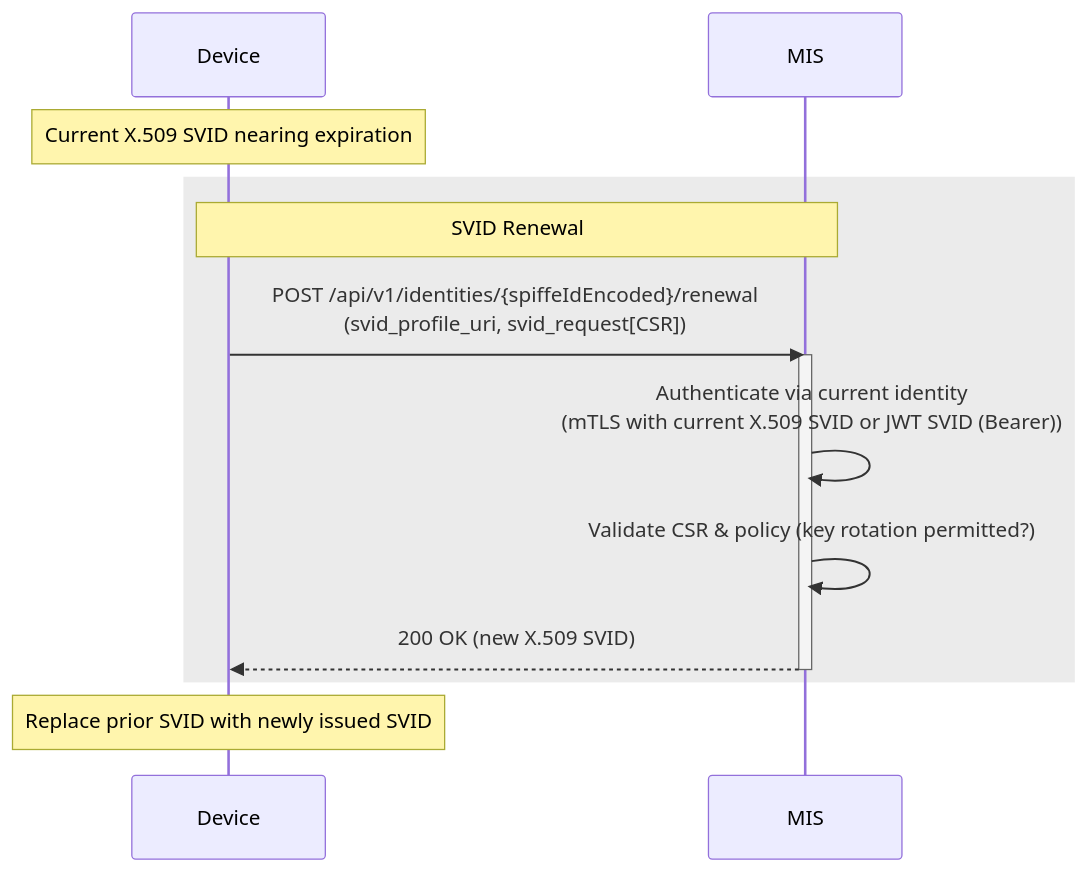
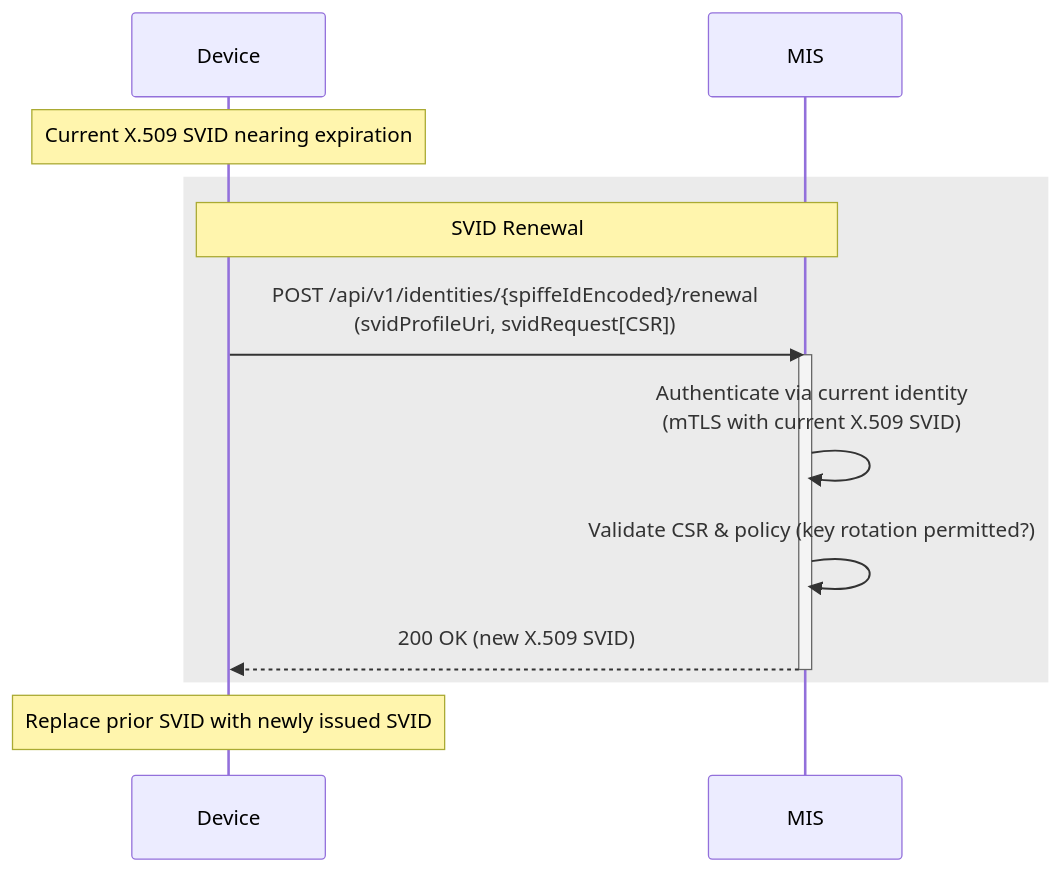
One commit to margo/specification-enhancements changed the second of 3 diagrams in proposals/margo-identity-and-authorization-framework.md. Above: the diagram before and after it, drawn with Mermaid. The commit also changed other lines of this file and 43 other files, not shown here.

First line of the commit message:
MIAF SUP: narrow v0 scope and add WFM Client Identity Profile

````diff
--- a/proposals/margo-identity-and-authorization-framework.md
+++ b/proposals/margo-identity-and-authorization-framework.md
@@ -1609,19 +766,19 @@
 ```mermaid
 sequenceDiagram
     participant Device
     participant MIS
 
     note over Device: Current X.509 SVID nearing expiration
 
     rect rgb(235,235,235)
         note over Device,MIS: SVID Renewal
-        Device->>MIS: POST /api/v1/identities/{spiffeIdEncoded}/renewal<br/>(svid_profile_uri, svid_request[CSR])
+        Device->>MIS: POST /api/v1/identities/{spiffeIdEncoded}/renewal<br/>(svidProfileUri, svidRequest[CSR])
         activate MIS
-        MIS->>MIS: Authenticate via current identity<br/>(mTLS with current X.509 SVID or JWT SVID (Bearer))
-        MIS->>MIS: Validate CSR & policy (key rotation permitted?) 
+        MIS->>MIS: Authenticate via current identity<br/>(mTLS with current X.509 SVID)
+        MIS->>MIS: Validate CSR & policy (key rotation permitted?)
         MIS-->>Device: 200 OK (new X.509 SVID)
         deactivate MIS
     end
 
     note over Device: Replace prior SVID with newly issued SVID
 ```
````
